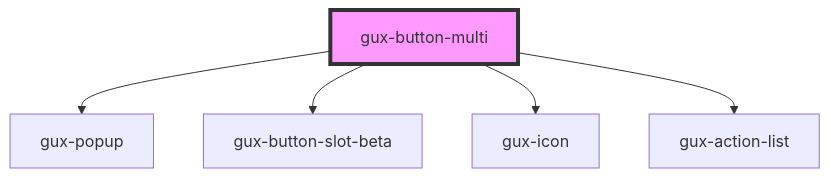
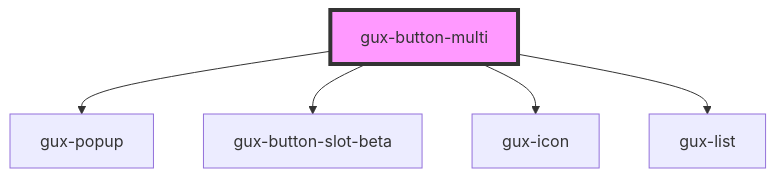
The diagram in src/components/beta/gux-button-multi/readme.md (MyPureCloud/genesys-spark), drawn with Mermaid before and after one commit. The commit also changed other lines of this file and 134 other files, not shown here.

````diff
--- a/src/components/beta/gux-button-multi/readme.md
+++ b/src/components/beta/gux-button-multi/readme.md
@@ -44,8 +44,8 @@
 ```mermaid
 graph TD;
   gux-button-multi --> gux-popup
   gux-button-multi --> gux-button-slot-beta
   gux-button-multi --> gux-icon
-  gux-button-multi --> gux-action-list
+  gux-button-multi --> gux-list
   style gux-button-multi fill:#f9f,stroke:#333,stroke-width:4px
 ```
````
